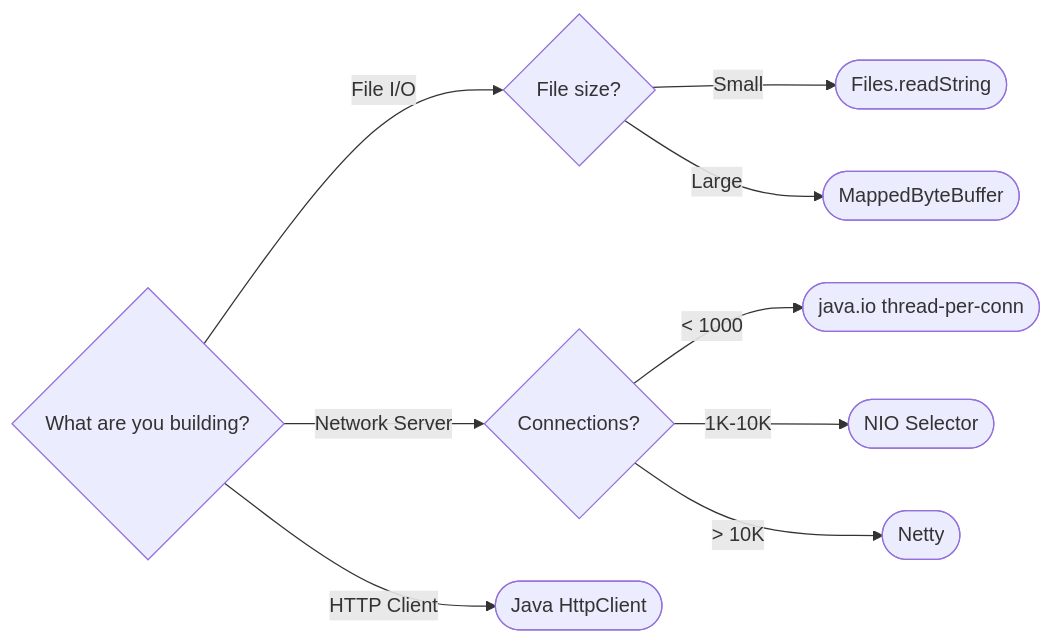
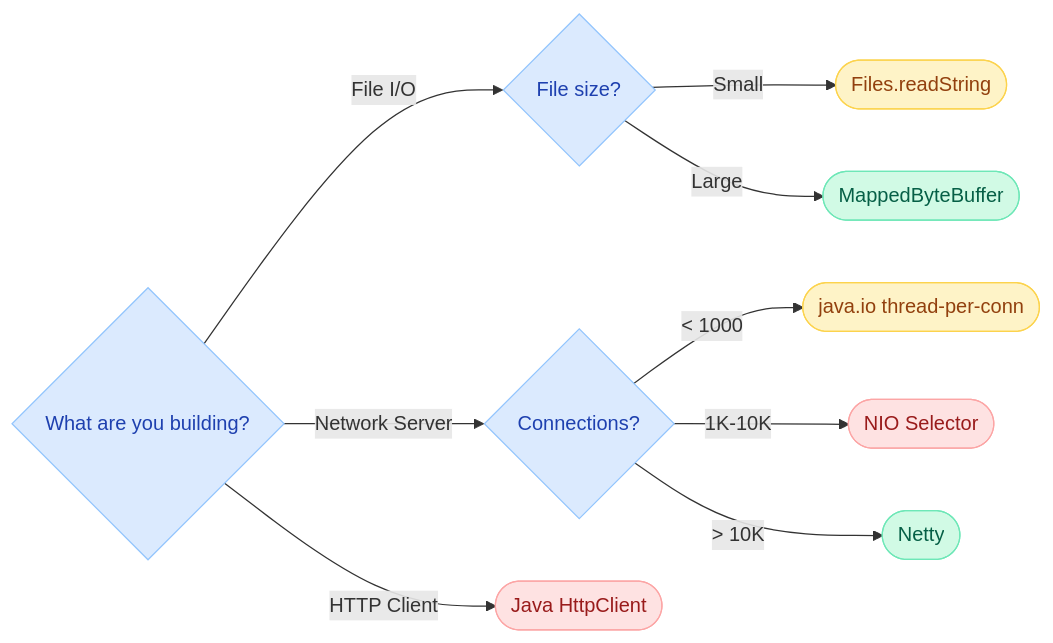
One commit to saivamsikaruturi/vamsilabs-dev-notes-main changed the eighth of 8 diagrams in docs/java/NIO.md. Above: the diagram before and after it, drawn with Mermaid. The commit also changed other lines of this file and 220 other files, not shown here.

First line of the commit message:
Add 50+ new Java/Spring Boot pages, rewrite CSS code blocks to Oracle style, fix all diagram colors

````diff
--- a/docs/java/NIO.md
+++ b/docs/java/NIO.md
@@ -399,11 +432,21 @@
 ```mermaid
 flowchart LR
     START{"What are you building?"} -->|File I/O| F{"File size?"}
     START -->|Network Server| N{"Connections?"}
     START -->|HTTP Client| HC(["Java HttpClient"])
     F -->|Small| FS(["Files.readString"])
     F -->|Large| FL(["MappedByteBuffer"])
     N -->|"< 1000"| NL(["java.io thread-per-conn"])
     N -->|1K-10K| NM(["NIO Selector"])
     N -->|"> 10K"| NH(["Netty"])
+
+    style F fill:#DBEAFE,stroke:#93C5FD,color:#1E40AF
+    style FL fill:#D1FAE5,stroke:#6EE7B7,color:#065F46
+    style FS fill:#FEF3C7,stroke:#FCD34D,color:#92400E
+    style HC fill:#FEE2E2,stroke:#FCA5A5,color:#991B1B
+    style N fill:#DBEAFE,stroke:#93C5FD,color:#1E40AF
+    style NH fill:#D1FAE5,stroke:#6EE7B7,color:#065F46
+    style NL fill:#FEF3C7,stroke:#FCD34D,color:#92400E
+    style NM fill:#FEE2E2,stroke:#FCA5A5,color:#991B1B
+    style START fill:#DBEAFE,stroke:#93C5FD,color:#1E40AF
 ```
````
